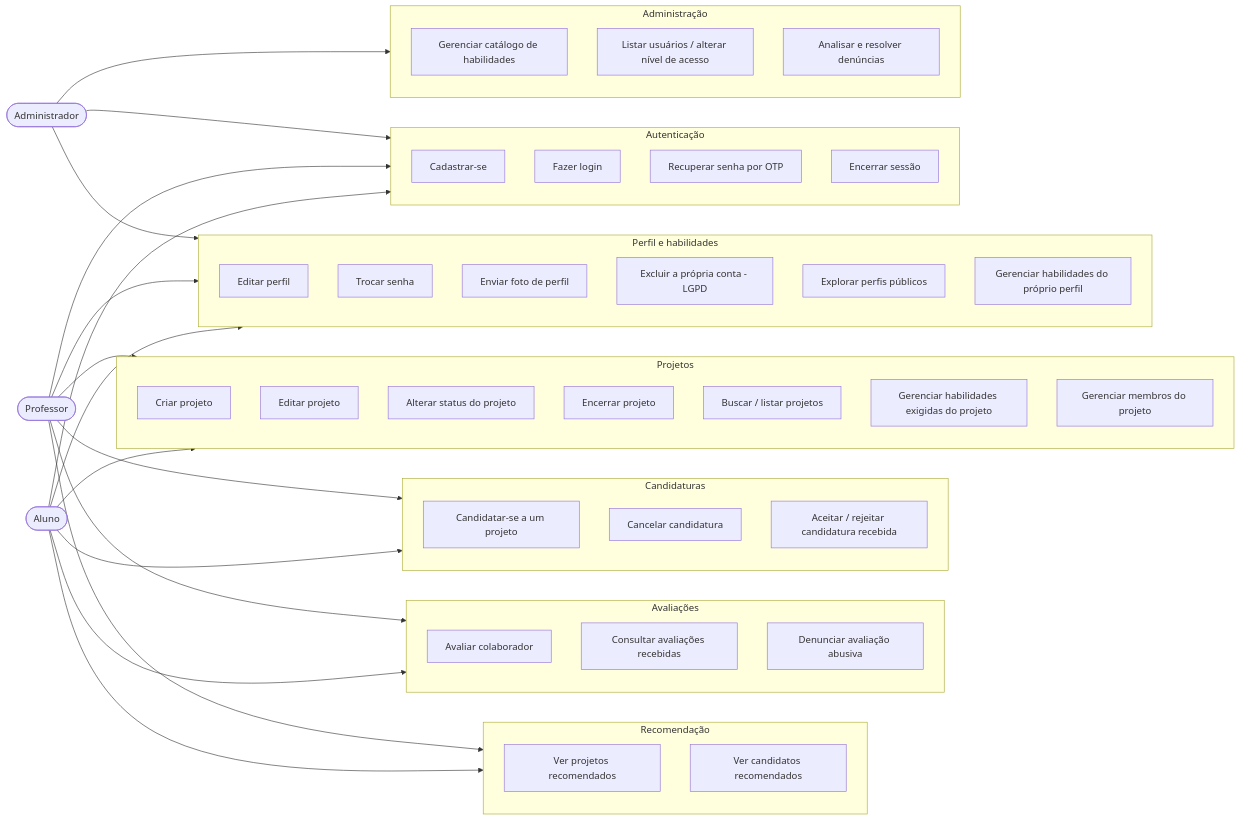
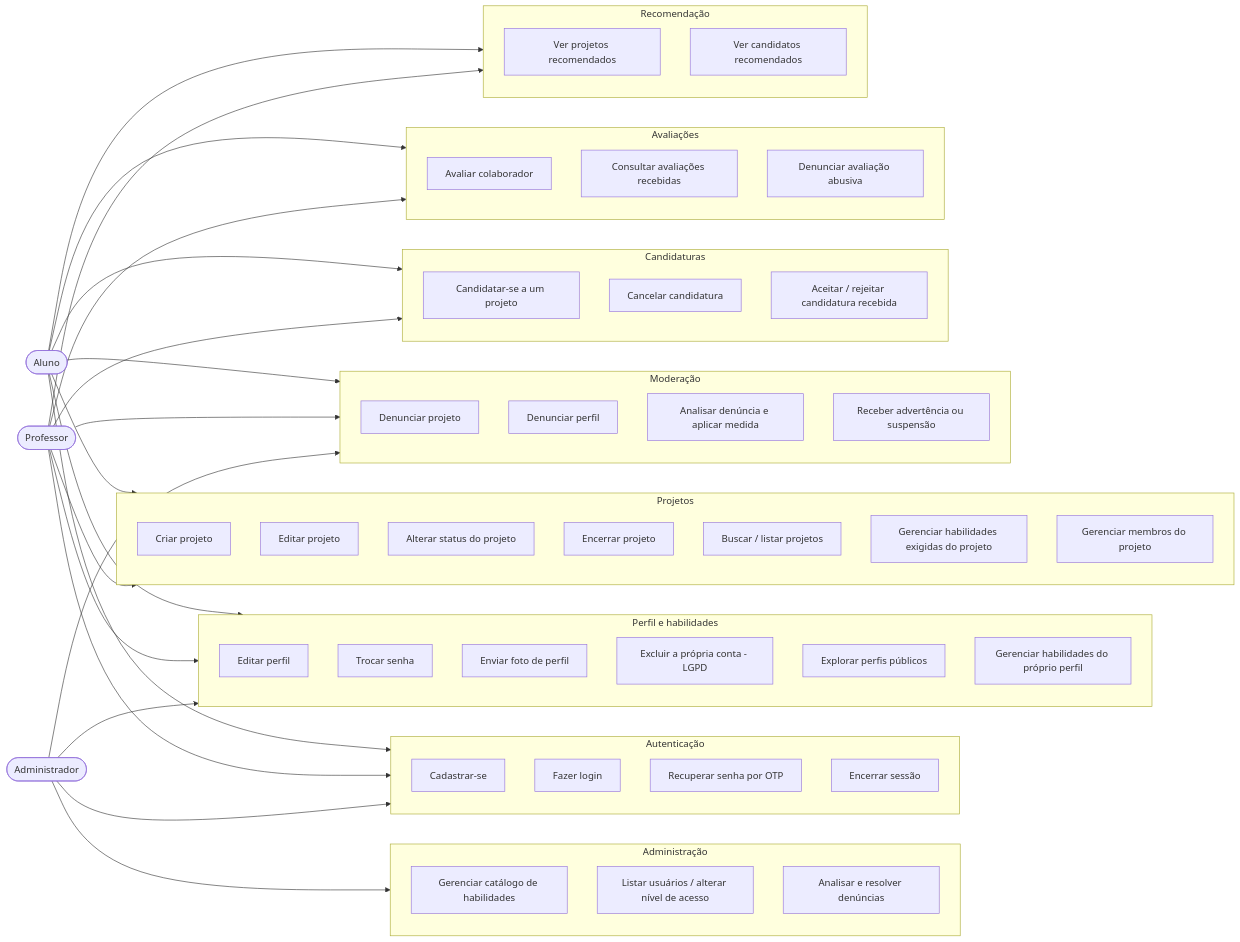
The second of 3 diagrams in docs/diagramas.md (AcademicoPlus/Academico-Plus), drawn with Mermaid before and after one commit. The commit also changed other lines of this file and 49 other files, not shown here.

````diff
--- a/docs/diagramas.md
+++ b/docs/diagramas.md
@@ -235,6 +255,13 @@
         UC23[Denunciar avaliação abusiva]
     end
 
+    subgraph Moderacao["Moderação"]
+        UC23a[Denunciar projeto]
+        UC23b[Denunciar perfil]
+        UC23c[Analisar denúncia e aplicar medida]
+        UC23d[Receber advertência ou suspensão]
+    end
+
     subgraph Recomendacao["Recomendação"]
         UC24[Ver projetos recomendados]
         UC25[Ver candidatos recomendados]
@@ -252,6 +279,7 @@
     Aluno --> Candidaturas
     Aluno --> Avaliacoes
     Aluno --> Recomendacao
+    Aluno --> Moderacao
 
     Professor --> Autenticacao
     Professor --> Perfil
@@ -259,8 +287,10 @@
     Professor --> Candidaturas
     Professor --> Avaliacoes
     Professor --> Recomendacao
+    Professor --> Moderacao
 
     Admin --> Autenticacao
     Admin --> Perfil
     Admin --> Administracao
+    Admin --> Moderacao
 ```
````
